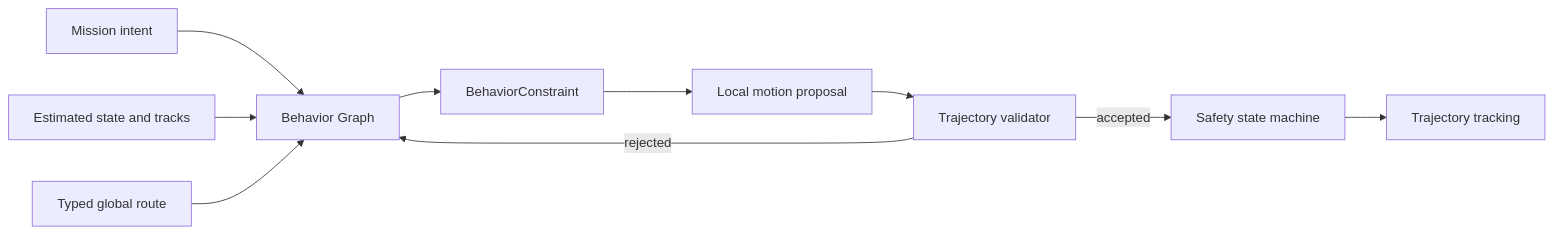
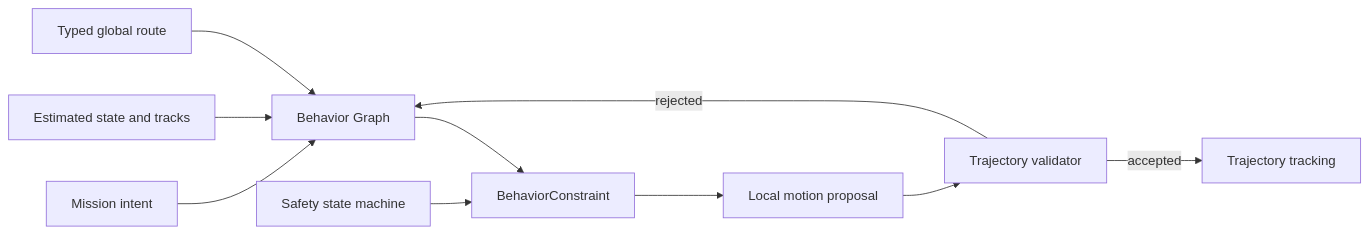
One commit to Robin-1978/lost-signal changed the diagram in docs/behavior-architecture.md. Above: the diagram before and after it, drawn with Mermaid. The commit also changed other lines of this file and 111 other files, not shown here.

````diff
--- a/docs/behavior-architecture.md
+++ b/docs/behavior-architecture.md
@@ -41,12 +41,12 @@
 ```mermaid
 flowchart LR
  Intent[Mission intent] --> Graph[Behavior Graph]
  Estimate[Estimated state and tracks] --> Graph
  Route[Typed global route] --> Graph
  Graph --> Constraint[BehaviorConstraint]
  Constraint --> Motion[Local motion proposal]
  Motion --> Validator[Trajectory validator]
- Validator -->|accepted| Commit[Safety state machine]
- Commit --> Control[Trajectory tracking]
+ Commit[Safety state machine] --> Constraint
+ Validator -->|accepted| Control[Trajectory tracking]
  Validator -->|rejected| Graph
 ```
````
